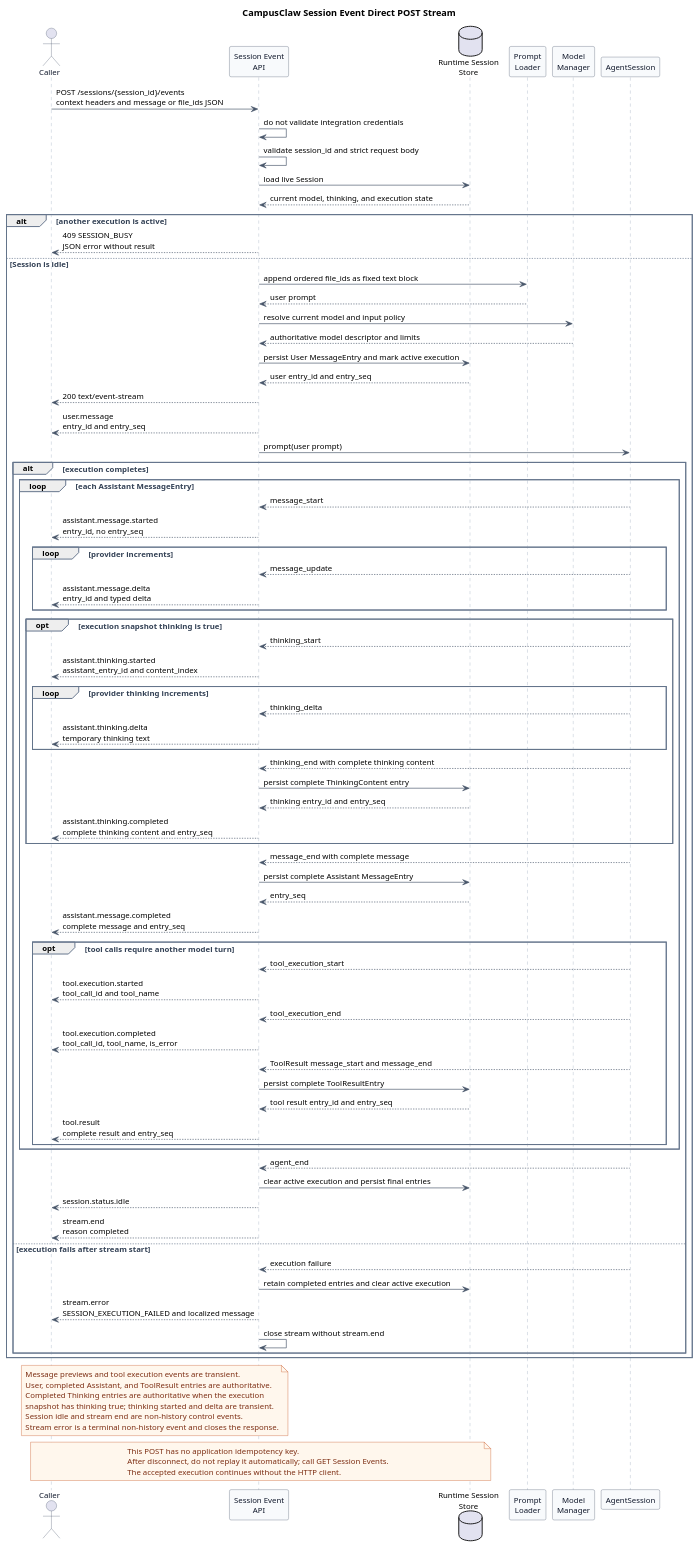
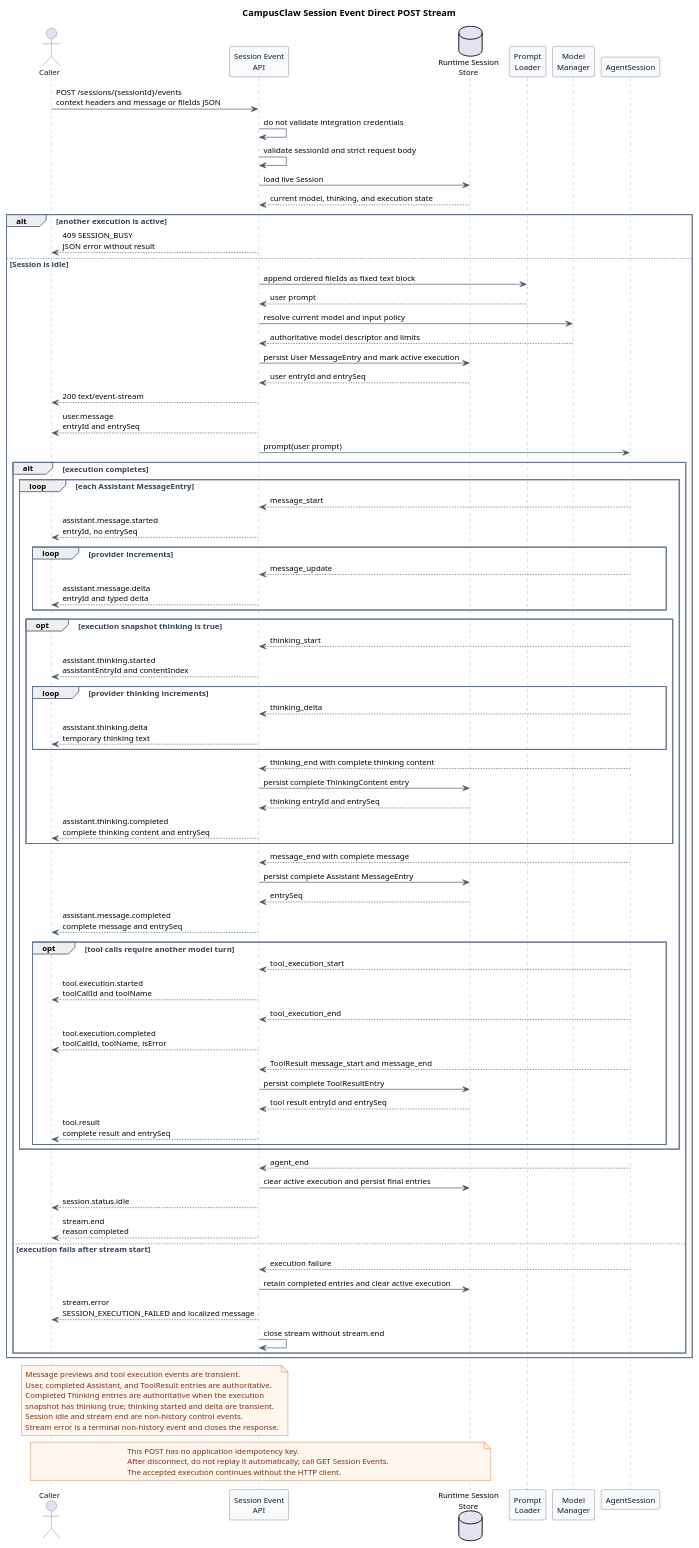
The first of 2 diagrams in pi-mono-java-manager-driven-multi-agent-runtime/diagrams/session-events/diagram.puml (ssm0808/pi-mono-java-design), drawn with PlantUML before and after one commit. The commit also changed other lines of this file and 35 other files, not shown here.

Commit message:
docs(runtime): 统一 HTTP 字段为 lowerCamelCase

```diff
--- a/pi-mono-java-manager-driven-multi-agent-runtime/diagrams/session-events/diagram.puml
+++ b/pi-mono-java-manager-driven-multi-agent-runtime/diagrams/session-events/diagram.puml
@@ -1,136 +1,142 @@
 @startuml http_session_event_stream
 title CampusClaw Session Event Direct POST Stream
 
 ' Source evidence (pi-mono 086c32e74530564922d011ade23ff582c9d63116):
 ' packages/agent/src/types.ts, AgentEvent, lines 430-443
 ' packages/agent/src/agent-loop.ts, emitToolExecutionEnd and emitToolResultMessage,
 ' lines 767-795
 ' packages/coding-agent/src/core/agent-session.ts, _handleAgentEvent, lines 781-806
 ' Source evidence (pi-mono-java 1f801dbb82bdda30478e3354e685e3153b179a0c):
 ' modules/coding-agent-cli/src/main/java/com/campusclaw/codingagent/runtimeapi/event/RuntimeEventController.java.
 ' modules/coding-agent-cli/src/main/java/com/campusclaw/codingagent/runtimeapi/event/RuntimeEventService.java.
 ' modules/coding-agent-cli/src/main/java/com/campusclaw/codingagent/runtimeapi/agent/RuntimeAgentPromptLoader.java.
+' Source evidence (pi-mono-java 304eda06ff603fc9b6bbcaad0c296cc151a7defb):
+' modules/coding-agent-cli/src/main/java/com/campusclaw/codingagent/runtimeapi/vo/UserEventRequestVO.java.
+' modules/coding-agent-cli/src/main/java/com/campusclaw/codingagent/runtimeapi/event/RuntimeEntryCodec.java.
+' modules/coding-agent-cli/src/main/java/com/campusclaw/codingagent/runtimeapi/event/RuntimeEventProjector.java.
+' Observed behavior: current Java request, history, and SSE payload fields are snake_case.
 ' Observed behavior: both pi baselines emit message start, update, and end events around
 ' one active in-memory execution. The Java HTTP handler already returns SSE from POST.
 ' Observed behavior: the implemented API persists MessageEntry records and has no public run ID.
 ' Java divergence: unlike the old baseline, client disconnect only detaches the bounded subscriber.
 ' Architecture change: a disconnected client does not abort accepted execution; GET Session Events is
 ' the recovery source, and replaying the side-effecting POST is forbidden.
 ' Design reason: preserve direct streaming while separating transient message and tool
 ' execution progress from authoritative User, Assistant, and ToolResult entries.
 ' Observed behavior: internal thinking start, delta, and end events exist, but RuntimeEventProjector
 ' emits text deltas only and RuntimeEntryCodec currently excludes ThinkingContent from the public contract.
 ' Architecture change: the target contract projects thinking events only when the accepted execution
 ' snapshots thinking true; assistant.thinking.completed becomes a durable recoverable entry.
+' Architecture change: target request and SSE data fields use lowerCamelCase; event names remain unchanged.
 
 skinparam backgroundColor #FFFFFF
 skinparam shadowing false
 skinparam defaultFontName Arial
 skinparam defaultFontSize 12
 skinparam sequence {
   ArrowColor #475569
   ActorBorderColor #475569
   ActorFontColor #0F172A
   LifeLineBorderColor #94A3B8
   LifeLineBackgroundColor #F8FAFC
   ParticipantBorderColor #475569
   ParticipantBackgroundColor #F8FAFC
   ParticipantFontColor #0F172A
   GroupBorderColor #64748B
   GroupFontColor #334155
 }
 skinparam note {
   BackgroundColor #FFF7ED
   BorderColor #C2410C
   FontColor #7C2D12
 }
 
 actor Caller
 participant "Session Event\nAPI" as API
 database "Runtime Session\nStore" as Store
 participant "Prompt\nLoader" as Prompt
 participant "Model\nManager" as Manager
 participant AgentSession
 
-Caller -> API : POST /sessions/{session_id}/events\ncontext headers and message or file_ids JSON
+Caller -> API : POST /sessions/{sessionId}/events\ncontext headers and message or fileIds JSON
 API -> API : do not validate integration credentials
-API -> API : validate session_id and strict request body
+API -> API : validate sessionId and strict request body
 API -> Store : load live Session
 Store --> API : current model, thinking, and execution state
 
 alt another execution is active
   API --> Caller : 409 SESSION_BUSY\nJSON error without result
 else Session is idle
-  API -> Prompt : append ordered file_ids as fixed text block
+  API -> Prompt : append ordered fileIds as fixed text block
   Prompt --> API : user prompt
   API -> Manager : resolve current model and input policy
   Manager --> API : authoritative model descriptor and limits
   API -> Store : persist User MessageEntry and mark active execution
-  Store --> API : user entry_id and entry_seq
+  Store --> API : user entryId and entrySeq
   API --> Caller : 200 text/event-stream
-  API --> Caller : user.message\nentry_id and entry_seq
+  API --> Caller : user.message\nentryId and entrySeq
   API -> AgentSession : prompt(user prompt)
 
   alt execution completes
     loop each Assistant MessageEntry
       AgentSession --> API : message_start
-      API --> Caller : assistant.message.started\nentry_id, no entry_seq
+      API --> Caller : assistant.message.started\nentryId, no entrySeq
       loop provider increments
         AgentSession --> API : message_update
-        API --> Caller : assistant.message.delta\nentry_id and typed delta
+        API --> Caller : assistant.message.delta\nentryId and typed delta
       end
       opt execution snapshot thinking is true
         AgentSession --> API : thinking_start
-        API --> Caller : assistant.thinking.started\nassistant_entry_id and content_index
+        API --> Caller : assistant.thinking.started\nassistantEntryId and contentIndex
         loop provider thinking increments
           AgentSession --> API : thinking_delta
           API --> Caller : assistant.thinking.delta\ntemporary thinking text
         end
         AgentSession --> API : thinking_end with complete thinking content
         API -> Store : persist complete ThinkingContent entry
-        Store --> API : thinking entry_id and entry_seq
-        API --> Caller : assistant.thinking.completed\ncomplete thinking content and entry_seq
+        Store --> API : thinking entryId and entrySeq
+        API --> Caller : assistant.thinking.completed\ncomplete thinking content and entrySeq
       end
       AgentSession --> API : message_end with complete message
       API -> Store : persist complete Assistant MessageEntry
-      Store --> API : entry_seq
-      API --> Caller : assistant.message.completed\ncomplete message and entry_seq
+      Store --> API : entrySeq
+      API --> Caller : assistant.message.completed\ncomplete message and entrySeq
       opt tool calls require another model turn
         AgentSession --> API : tool_execution_start
-        API --> Caller : tool.execution.started\ntool_call_id and tool_name
+        API --> Caller : tool.execution.started\ntoolCallId and toolName
         AgentSession --> API : tool_execution_end
-        API --> Caller : tool.execution.completed\ntool_call_id, tool_name, is_error
+        API --> Caller : tool.execution.completed\ntoolCallId, toolName, isError
         AgentSession --> API : ToolResult message_start and message_end
         API -> Store : persist complete ToolResultEntry
-        Store --> API : tool result entry_id and entry_seq
-        API --> Caller : tool.result\ncomplete result and entry_seq
+        Store --> API : tool result entryId and entrySeq
+        API --> Caller : tool.result\ncomplete result and entrySeq
       end
     end
 
     AgentSession --> API : agent_end
     API -> Store : clear active execution and persist final entries
     API --> Caller : session.status.idle
     API --> Caller : stream.end\nreason completed
   else execution fails after stream start
     AgentSession --> API : execution failure
     API -> Store : retain completed entries and clear active execution
     API --> Caller : stream.error\nSESSION_EXECUTION_FAILED and localized message
     API -> API : close stream without stream.end
   end
 end
 
 note over API,Caller
 Message previews and tool execution events are transient.
 User, completed Assistant, and ToolResult entries are authoritative.
 Completed Thinking entries are authoritative when the execution
 snapshot has thinking true; thinking started and delta are transient.
 Session idle and stream end are non-history control events.
 Stream error is a terminal non-history event and closes the response.
 end note
 
 note over Caller,Store
 This POST has no application idempotency key.
 After disconnect, do not replay it automatically; call GET Session Events.
 The accepted execution continues without the HTTP client.
 end note
 @enduml
```
